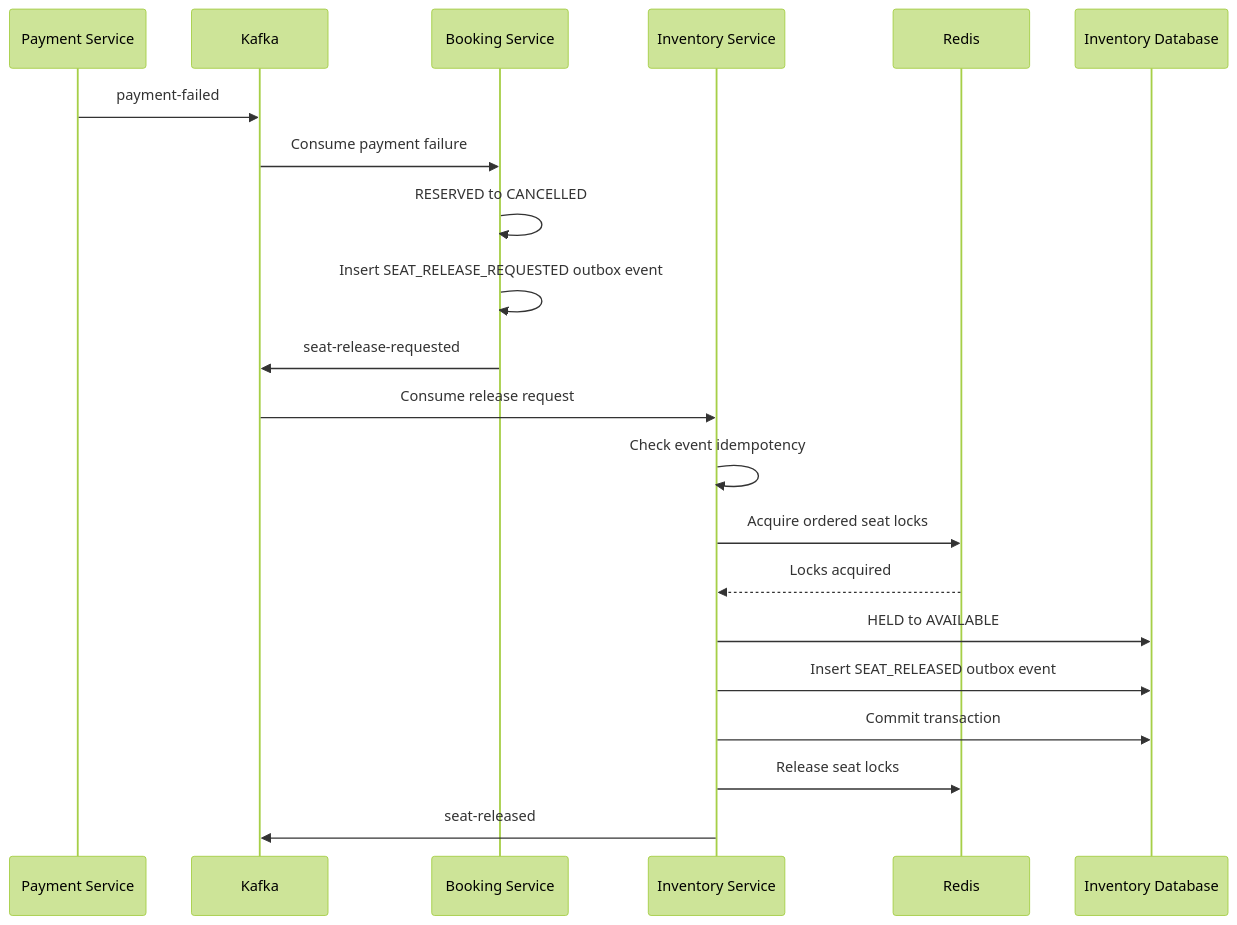
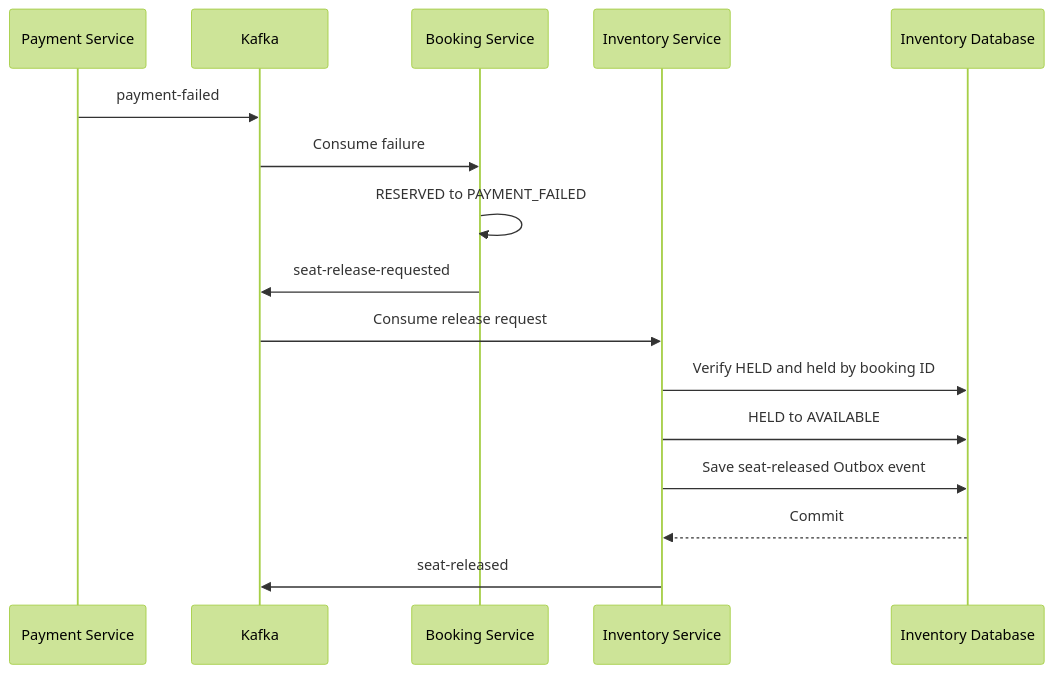
The sixth of 15 diagrams in docs/13_SEQUENCE_DIAGRAMS.md (HuyKunNe/cinema-system), drawn with Mermaid (forest theme) before and after one commit. The commit also changed other lines of this file and 17 other files, not shown here.

````diff
--- a/docs/13_SEQUENCE_DIAGRAMS.md
+++ b/docs/13_SEQUENCE_DIAGRAMS.md
@@ -97,27 +176,19 @@
 ```mermaid
 sequenceDiagram
     participant Payment as Payment Service
     participant Kafka
     participant Booking as Booking Service
     participant Inventory as Inventory Service
-    participant Redis
-    participant InventoryDB as Inventory Database
+    participant DB as Inventory Database
 
     Payment->>Kafka: payment-failed
-    Kafka->>Booking: Consume payment failure
-
-    Booking->>Booking: RESERVED to CANCELLED
-    Booking->>Booking: Insert SEAT_RELEASE_REQUESTED outbox event
+    Kafka->>Booking: Consume failure
+    Booking->>Booking: RESERVED to PAYMENT_FAILED
     Booking->>Kafka: seat-release-requested
-
     Kafka->>Inventory: Consume release request
-    Inventory->>Inventory: Check event idempotency
-    Inventory->>Redis: Acquire ordered seat locks
-    Redis-->>Inventory: Locks acquired
-
-    Inventory->>InventoryDB: HELD to AVAILABLE
-    Inventory->>InventoryDB: Insert SEAT_RELEASED outbox event
-    Inventory->>InventoryDB: Commit transaction
-    Inventory->>Redis: Release seat locks
+    Inventory->>DB: Verify HELD and held by booking ID
+    Inventory->>DB: HELD to AVAILABLE
+    Inventory->>DB: Save seat-released Outbox event
+    DB-->>Inventory: Commit
     Inventory->>Kafka: seat-released
 ```
````
